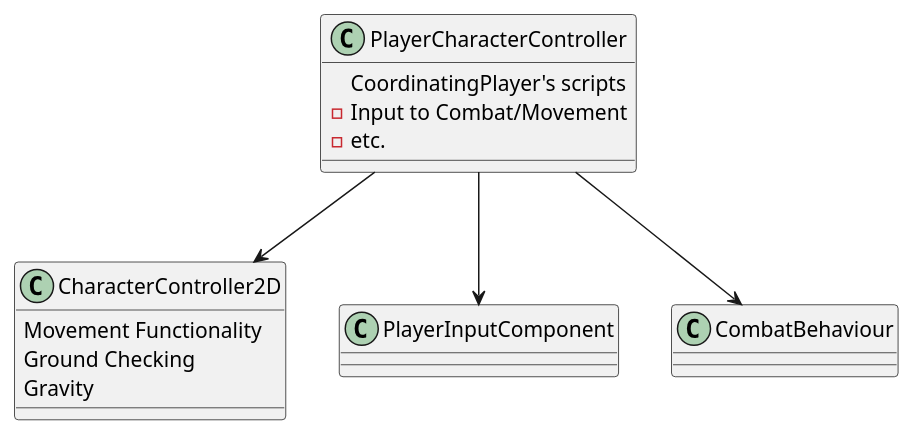
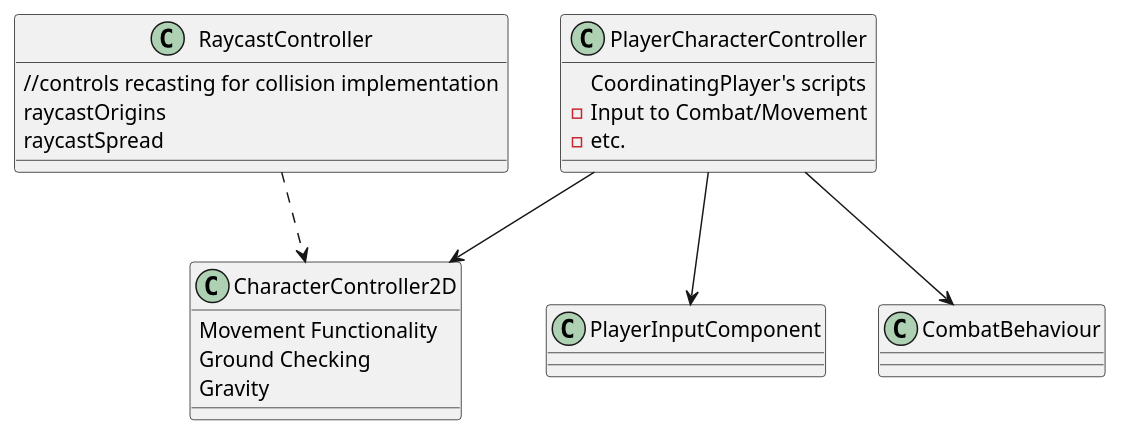
The diagram in PlantUML_Graphs/Dependencies/Player_inheretance_Dependecies.puml (CZOLGOWUS/no_game-1), drawn with PlantUML before and after one commit. The commit also changed 5 other files, not shown here.

```diff
--- a/PlantUML_Graphs/Dependencies/Player_inheretance_Dependecies.puml
+++ b/PlantUML_Graphs/Dependencies/Player_inheretance_Dependecies.puml
@@ -1,46 +1,55 @@
 @startuml
 'https://plantuml.com/sequence-diagra
 /'
 interface IDamageable
 {
     public void TakeHit(Weapon weaponType)
 }
 
 interface IDoDamage
 {
     public void ApplyDamage()
 }
 
 abstract class ScriptableObject
 {
 
 }
 
 class Weapon extends ScriptableObject
 {
     public int damage
     public float force
 }
 '/
 
+class RaycastController
+{
+    //controls recasting for collision implementation
+    raycastOrigins
+    raycastSpread
+}
+
 class CharacterController2D
 {
     Movement Functionality
     Ground Checking
     Gravity
 }
 
 class PlayerCharacterController
 {
     CoordinatingPlayer's scripts
         - Input to Combat/Movement
         - etc.
 }
 
 'CombatBehaviour -> Weapon
 
 PlayerCharacterController --> PlayerInputComponent
 PlayerCharacterController --> CombatBehaviour
 PlayerCharacterController --> CharacterController2D
 
+RaycastController ..>CharacterController2D
+
 @enduml
```
